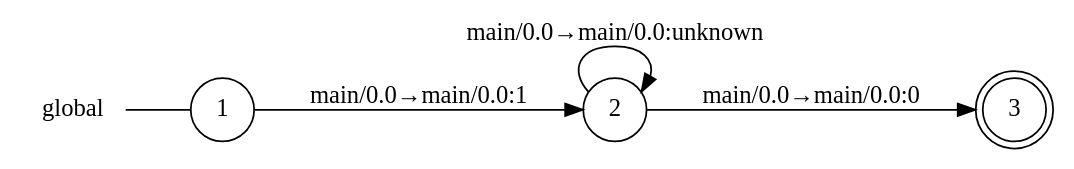
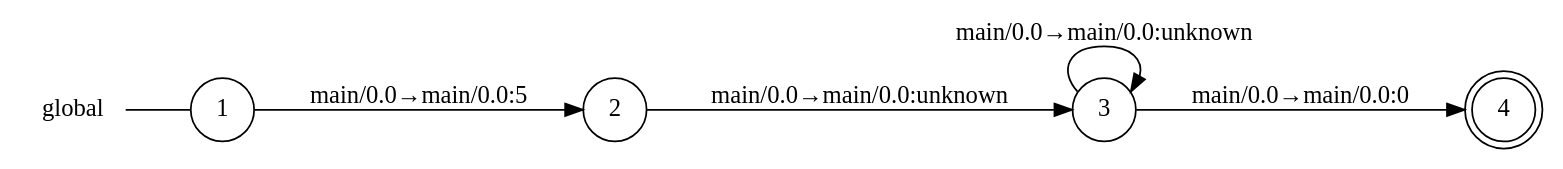
One commit to gabrielegenovese/chorer changed the diagram in examples/unknown/correct_gv.dot. Above: the diagram before and after it, drawn with Graphviz. The commit also changed 42 other files, not shown here.

```diff
--- a/examples/unknown/correct_gv.dot
+++ b/examples/unknown/correct_gv.dot
@@ -1,12 +1,14 @@
 digraph global {
 	rankdir="LR";
 	n_0 [label="global", shape="plaintext"];
 	n_1 [id="1", shape=circle, label="1"];
 	n_0 -> n_1 [arrowhead=none];
 	n_2 [id="2", shape=circle, label="2"];
-	n_3 [id="3", shape=doublecircle, label="3"];
+	n_4 [id="2", shape=circle, label="3"];
+	n_3 [id="3", shape=doublecircle, label="4"];
 
-	n_2 -> n_2 [id="[$e|1]", label="main/0.0→main/0.0:unknown"];
-	n_1 -> n_2 [id="[$e|0]", label="main/0.0→main/0.0:1"];
-	n_2 -> n_3 [id="[$e|0]", label="main/0.0→main/0.0:0"];
+	n_2 -> n_4 [id="[$e|1]", label="main/0.0→main/0.0:unknown"];
+	n_4 -> n_4 [id="[$e|1]", label="main/0.0→main/0.0:unknown"];
+	n_1 -> n_2 [id="[$e|0]", label="main/0.0→main/0.0:5"];
+	n_4 -> n_3 [id="[$e|0]", label="main/0.0→main/0.0:0"];
 }
```
